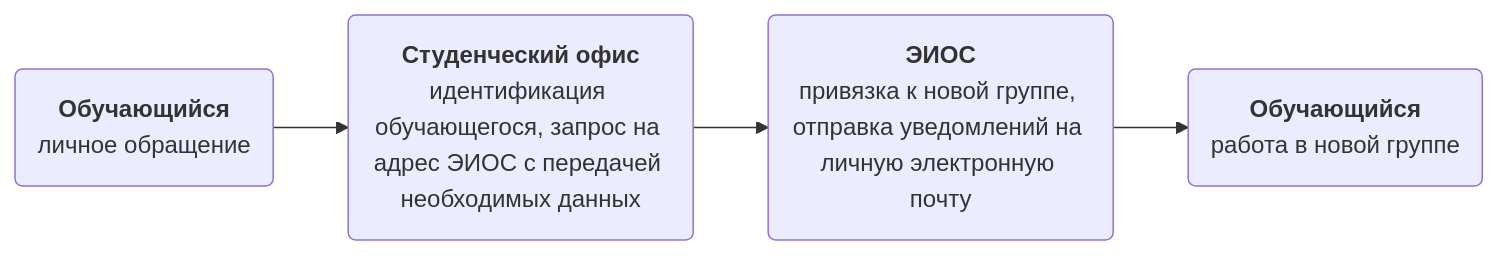
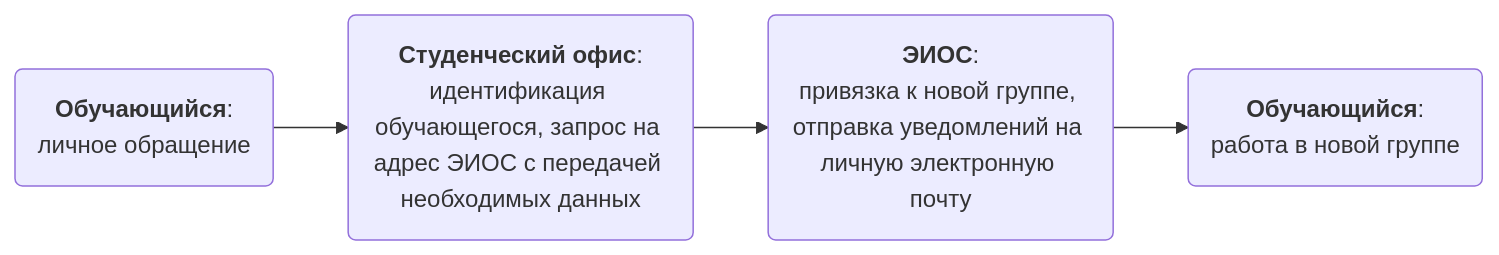
The seventh of 9 diagrams in docs/student.md (zoyter/eios-docs), drawn with Mermaid before and after one commit. The commit also changed other lines of this file and 12 other files, not shown here.

````diff
--- a/docs/student.md
+++ b/docs/student.md
@@ -167,18 +167,18 @@
 ```mermaid
 flowchart LR
-    dep_student("`**Обучающийся**
+    dep_student("`**Обучающийся**:
     личное обращение`") 
 
-    dep_stof("`**Студенческий офис**
+    dep_stof("`**Студенческий офис**:
     идентификация обучающегося, запрос на адрес ЭИОС с передачей необходимых данных`")
     
-    dep_it("`**ЭИОС**
+    dep_it("`**ЭИОС**:
     привязка к новой группе, отправка уведомлений на личную электронную почту`")
     
-    dep_student2("`**Обучающийся**
+    dep_student2("`**Обучающийся**:
     работа в новой группе`")    
          
     dep_student-->dep_stof
     dep_stof-->dep_it
     dep_it-->dep_student2
 ```
````
